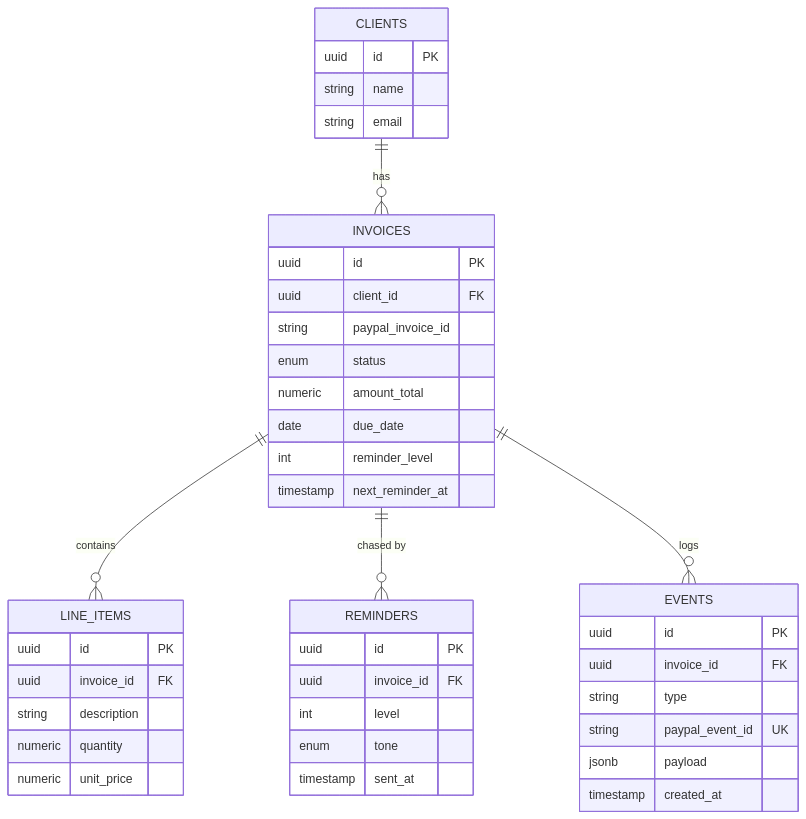
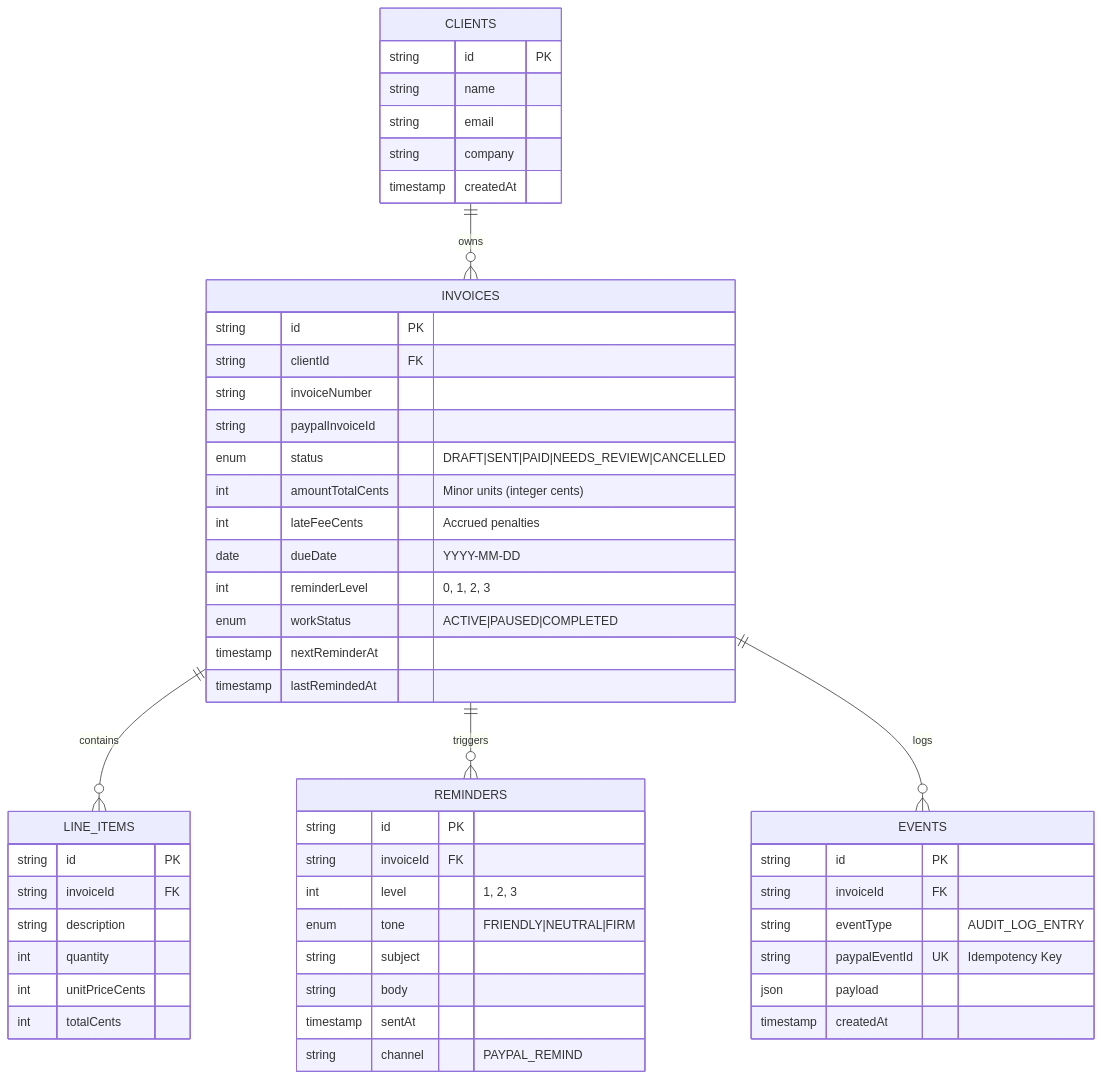
Before and after one commit to Suryanshsaraf/paypal-agentic-flow: the fourth of 4 diagrams in README.md, drawn with Mermaid. The commit also changed other lines of this file, not shown here.

````diff
--- a/README.md
+++ b/README.md
@@ -108,45 +177,59 @@
 ```mermaid
 erDiagram
-  CLIENTS ||--o{ INVOICES : has
-  INVOICES ||--o{ LINE_ITEMS : contains
-  INVOICES ||--o{ REMINDERS : "chased by"
-  INVOICES ||--o{ EVENTS : logs
+    CLIENTS ||--o{ INVOICES : owns
+    INVOICES ||--o{ LINE_ITEMS : contains
+    INVOICES ||--o{ REMINDERS : triggers
+    INVOICES ||--o{ EVENTS : logs
 
-  CLIENTS {
-    uuid id PK
-    string name
-    string email
-  }
-  INVOICES {
-    uuid id PK
-    uuid client_id FK
-    string paypal_invoice_id
-    enum status
-    numeric amount_total
-    date due_date
-    int reminder_level
-    timestamp next_reminder_at
-  }
-  LINE_ITEMS {
-    uuid id PK
-    uuid invoice_id FK
-    string description
-    numeric quantity
-    numeric unit_price
-  }
-  REMINDERS {
-    uuid id PK
-    uuid invoice_id FK
-    int level
-    enum tone
-    timestamp sent_at
-  }
-  EVENTS {
-    uuid id PK
-    uuid invoice_id FK
-    string type
-    string paypal_event_id UK
-    jsonb payload
-    timestamp created_at
-  }
+    CLIENTS {
+        string id PK
+        string name
+        string email
+        string company
+        timestamp createdAt
+    }
+
+    INVOICES {
+        string id PK
+        string clientId FK
+        string invoiceNumber
+        string paypalInvoiceId
+        enum status "DRAFT|SENT|PAID|NEEDS_REVIEW|CANCELLED"
+        int amountTotalCents "Minor units (integer cents)"
+        int lateFeeCents "Accrued penalties"
+        date dueDate "YYYY-MM-DD"
+        int reminderLevel "0, 1, 2, 3"
+        enum workStatus "ACTIVE|PAUSED|COMPLETED"
+        timestamp nextReminderAt
+        timestamp lastRemindedAt
+    }
+
+    LINE_ITEMS {
+        string id PK
+        string invoiceId FK
+        string description
+        int quantity
+        int unitPriceCents
+        int totalCents
+    }
+
+    REMINDERS {
+        string id PK
+        string invoiceId FK
+        int level "1, 2, 3"
+        enum tone "FRIENDLY|NEUTRAL|FIRM"
+        string subject
+        string body
+        timestamp sentAt
+        string channel "PAYPAL_REMIND"
+    }
+
+    EVENTS {
+        string id PK
+        string invoiceId FK
+        string eventType "AUDIT_LOG_ENTRY"
+        string paypalEventId UK "Idempotency Key"
+        json payload
+        timestamp createdAt
+    }
 ```
````
